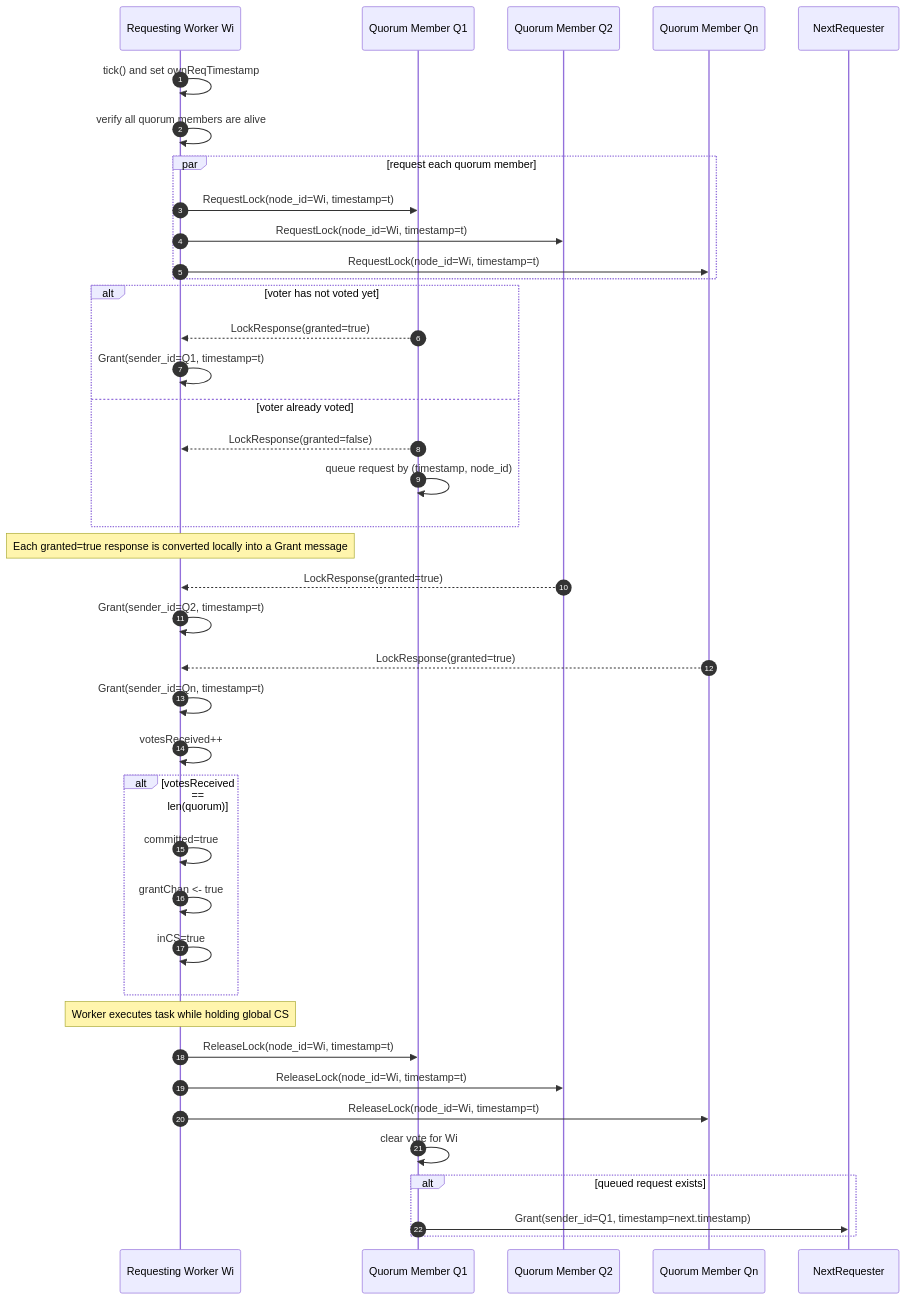
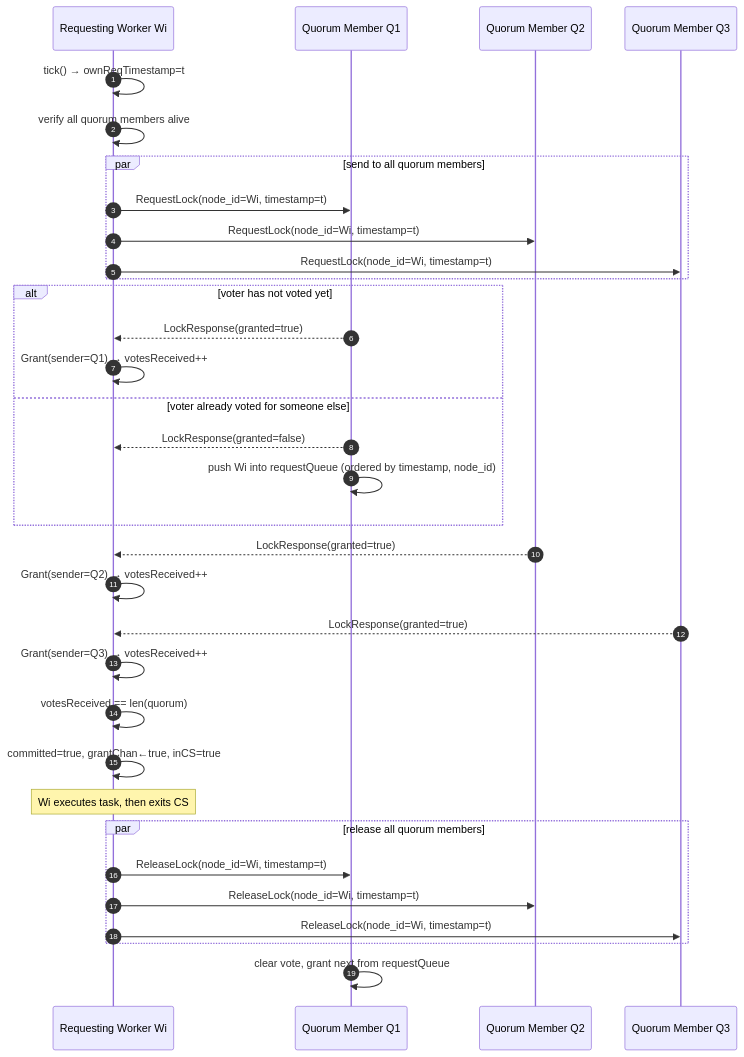
Before and after one commit to ElliotMonde/Raft-Maekawa-Sync: the third of 7 diagrams in docs/maekawa-raft-sequence.md, drawn with Mermaid. The commit also changed other lines of this file and 21 other files, not shown here.

````diff
--- a/docs/maekawa-raft-sequence.md
+++ b/docs/maekawa-raft-sequence.md
@@ -48,50 +287,44 @@
 ```mermaid
 sequenceDiagram
     autonumber
-    participant W as Requesting Worker Wi
+    participant Wi as Requesting Worker Wi
     participant Q1 as Quorum Member Q1
     participant Q2 as Quorum Member Q2
-    participant Qn as Quorum Member Qn
+    participant Q3 as Quorum Member Q3
 
-    W->>W: tick() and set ownReqTimestamp
-    W->>W: verify all quorum members are alive
+    Wi->>Wi: tick() → ownReqTimestamp=t
+    Wi->>Wi: verify all quorum members alive
 
-    par request each quorum member
-        W->>Q1: RequestLock(node_id=Wi, timestamp=t)
-        W->>Q2: RequestLock(node_id=Wi, timestamp=t)
-        W->>Qn: RequestLock(node_id=Wi, timestamp=t)
+    par send to all quorum members
+        Wi->>Q1: RequestLock(node_id=Wi, timestamp=t)
+        Wi->>Q2: RequestLock(node_id=Wi, timestamp=t)
+        Wi->>Q3: RequestLock(node_id=Wi, timestamp=t)
     end
 
     alt voter has not voted yet
-        Q1-->>W: LockResponse(granted=true)
-        W->>W: Grant(sender_id=Q1, timestamp=t)
-    else voter already voted
-        Q1-->>W: LockResponse(granted=false)
-        Q1->>Q1: queue request by (timestamp, node_id)
+        Q1-->>Wi: LockResponse(granted=true)
+        Wi->>Wi: Grant(sender=Q1) → votesReceived++
+    else voter already voted for someone else
+        Q1-->>Wi: LockResponse(granted=false)
+        Q1->>Q1: push Wi into requestQueue (ordered by timestamp, node_id)
     end
 
-    Note over W: Each granted=true response is converted locally into a Grant message
+    Q2-->>Wi: LockResponse(granted=true)
+    Wi->>Wi: Grant(sender=Q2) → votesReceived++
 
-    Q2-->>W: LockResponse(granted=true)
-    W->>W: Grant(sender_id=Q2, timestamp=t)
-    Qn-->>W: LockResponse(granted=true)
-    W->>W: Grant(sender_id=Qn, timestamp=t)
+    Q3-->>Wi: LockResponse(granted=true)
+    Wi->>Wi: Grant(sender=Q3) → votesReceived++
 
-    W->>W: votesReceived++
-    alt votesReceived == len(quorum)
-        W->>W: committed=true
-        W->>W: grantChan <- true
-        W->>W: inCS=true
+    Wi->>Wi: votesReceived == len(quorum)
+    Wi->>Wi: committed=true, grantChan←true, inCS=true
+
+    Note over Wi: Wi executes task, then exits CS
+
+    par release all quorum members
+        Wi->>Q1: ReleaseLock(node_id=Wi, timestamp=t)
+        Wi->>Q2: ReleaseLock(node_id=Wi, timestamp=t)
+        Wi->>Q3: ReleaseLock(node_id=Wi, timestamp=t)
     end
 
-    Note over W: Worker executes task while holding global CS
-
-    W->>Q1: ReleaseLock(node_id=Wi, timestamp=t)
-    W->>Q2: ReleaseLock(node_id=Wi, timestamp=t)
-    W->>Qn: ReleaseLock(node_id=Wi, timestamp=t)
-
-    Q1->>Q1: clear vote for Wi
-    alt queued request exists
-        Q1->>NextRequester: Grant(sender_id=Q1, timestamp=next.timestamp)
-    end
+    Q1->>Q1: clear vote, grant next from requestQueue
 ```
````
